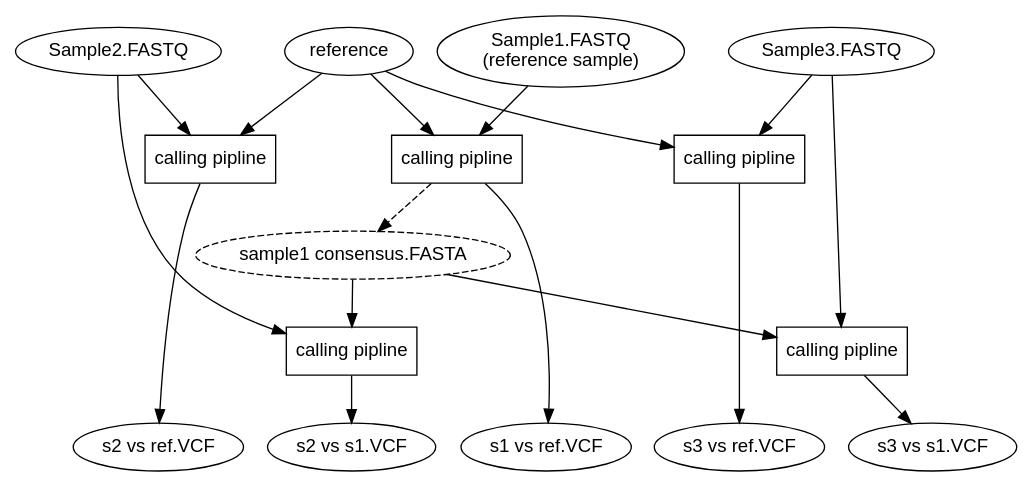
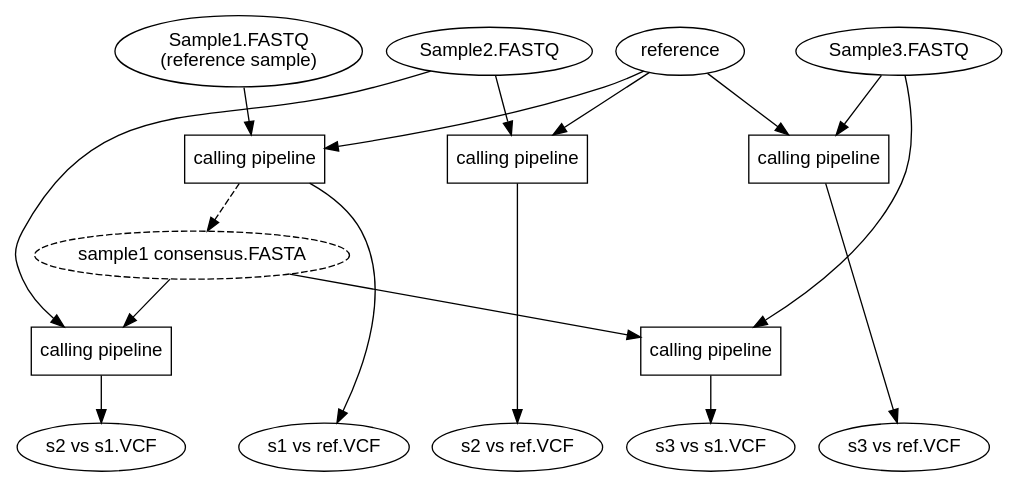
Before and after one commit to BioinfoSupport/nanopore_compare: the diagram in images/flow2.gv, drawn with Graphviz. The commit also changed 1 other file, not shown here.

```diff
--- a/images/flow2.gv
+++ b/images/flow2.gv
@@ -1,50 +1,47 @@
 digraph mygraph {
   fontname="Helvetica,Arial,sans-serif"
   node [fontname="Helvetica,Arial,sans-serif"]
   edge [fontname="Helvetica,Arial,sans-serif"]
 
   {
     rank = "same";
     node [shape=ellipse]
+    reference
     s1 [label="Sample1.FASTQ\n(reference sample)"]
     s2 [label="Sample2.FASTQ"]
     s3 [label="Sample3.FASTQ"]
-    reference
   }
 
   {
-    node [shape=box, label="calling pipline"]
+    node [shape=box, label="calling pipeline"]
     c1r
     c2r
     c3r
     c21
     c31
   }
 
   {
     rank = "same";
     node [shape=ellipse]
     s1r [label="s1 vs ref.VCF"]
     s2r [label="s2 vs ref.VCF"]
     s3r [label="s3 vs ref.VCF"]
     s21 [label="s2 vs s1.VCF"]
     s31 [label="s3 vs s1.VCF"]
   }
 
   s1cons [shape=ellipse, style=dashed, label="sample1 consensus.FASTA"]
 
-  s1 -> c1r
-  s2 -> c2r
-  s3 -> c3r
+  s1 -> c1r -> s1r
+  s2 -> c2r -> s2r
+  s3 -> c3r -> s3r
   reference -> {c1r c2r c3r}
-  c1r -> s1r
-  c2r -> s2r
-  c3r -> s3r
 
   c1r -> s1cons [style=dashed]
   s1cons -> {c21 c31}
   s2 -> c21 -> s21
   s3 -> c31 -> s31
   
   
 }
```
